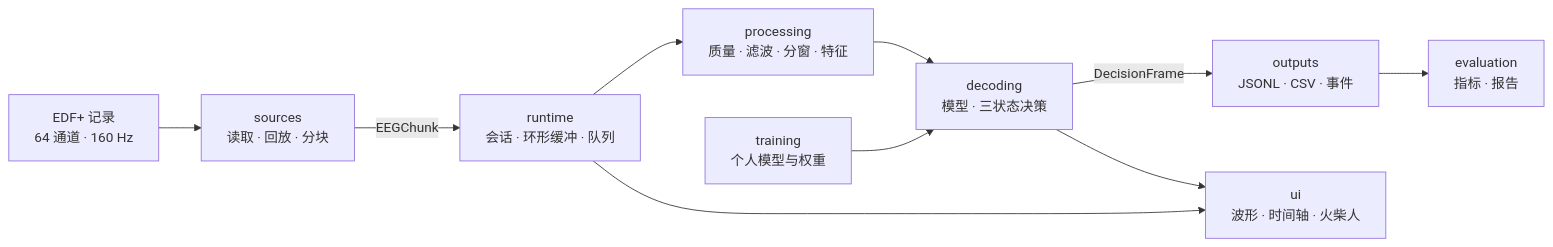
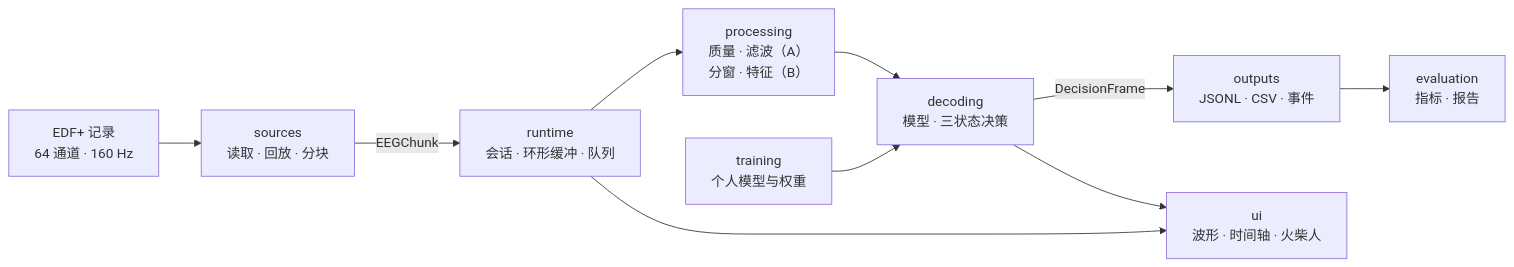
One commit to River20071017/bci-motor-imagery changed the diagram in README.md. Above: the diagram before and after it, drawn with Mermaid. The commit also changed other lines of this file and 18 other files, not shown here.

````diff
--- a/README.md
+++ b/README.md
@@ -116,12 +120,12 @@
 ```mermaid
 flowchart LR
     EDF["EDF+ 记录<br/>64 通道 · 160 Hz"] --> SRC["sources<br/>读取 · 回放 · 分块"]
     SRC -->|EEGChunk| RT["runtime<br/>会话 · 环形缓冲 · 队列"]
-    RT --> PROC["processing<br/>质量 · 滤波 · 分窗 · 特征"]
+    RT --> PROC["processing<br/>质量 · 滤波（A）<br/>分窗 · 特征（B）"]
     PROC --> DEC["decoding<br/>模型 · 三状态决策"]
     DEC -->|DecisionFrame| OUT["outputs<br/>JSONL · CSV · 事件"]
     DEC --> UI["ui<br/>波形 · 时间轴 · 火柴人"]
     RT --> UI
     TRAIN["training<br/>个人模型与权重"] --> DEC
     OUT --> EVAL["evaluation<br/>指标 · 报告"]
 ```
````
